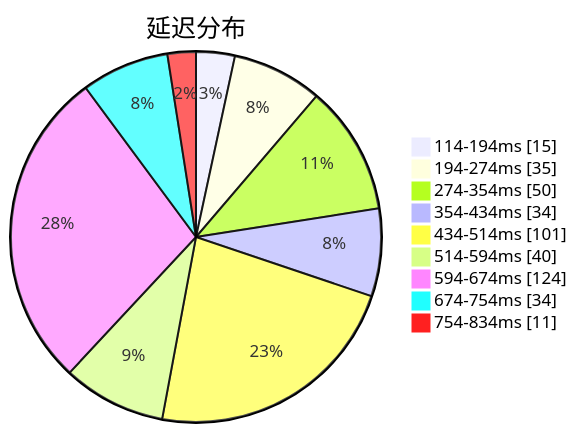
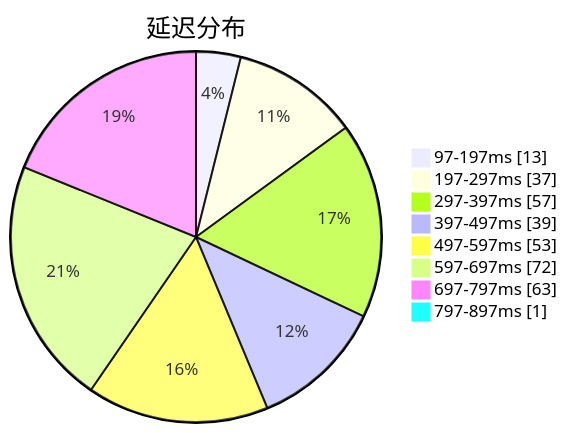
The first of 3 diagrams in subs/statistics/tested_within.md (sinspired/airport), drawn with Mermaid before and after one commit. The commit also changed other lines of this file and 2 other files, not shown here.

````diff
--- a/subs/statistics/tested_within.md
+++ b/subs/statistics/tested_within.md
@@ -2,13 +2,12 @@
 ```mermaid
 pie showData
 title 延迟分布
-"114-194ms" : 15
-"194-274ms" : 35
-"274-354ms" : 50
-"354-434ms" : 34
-"434-514ms" : 101
-"514-594ms" : 40
-"594-674ms" : 124
-"674-754ms" : 34
-"754-834ms" : 11
+"97-197ms" : 13
+"197-297ms" : 37
+"297-397ms" : 57
+"397-497ms" : 39
+"497-597ms" : 53
+"597-697ms" : 72
+"697-797ms" : 63
+"797-897ms" : 1
 ```
````
